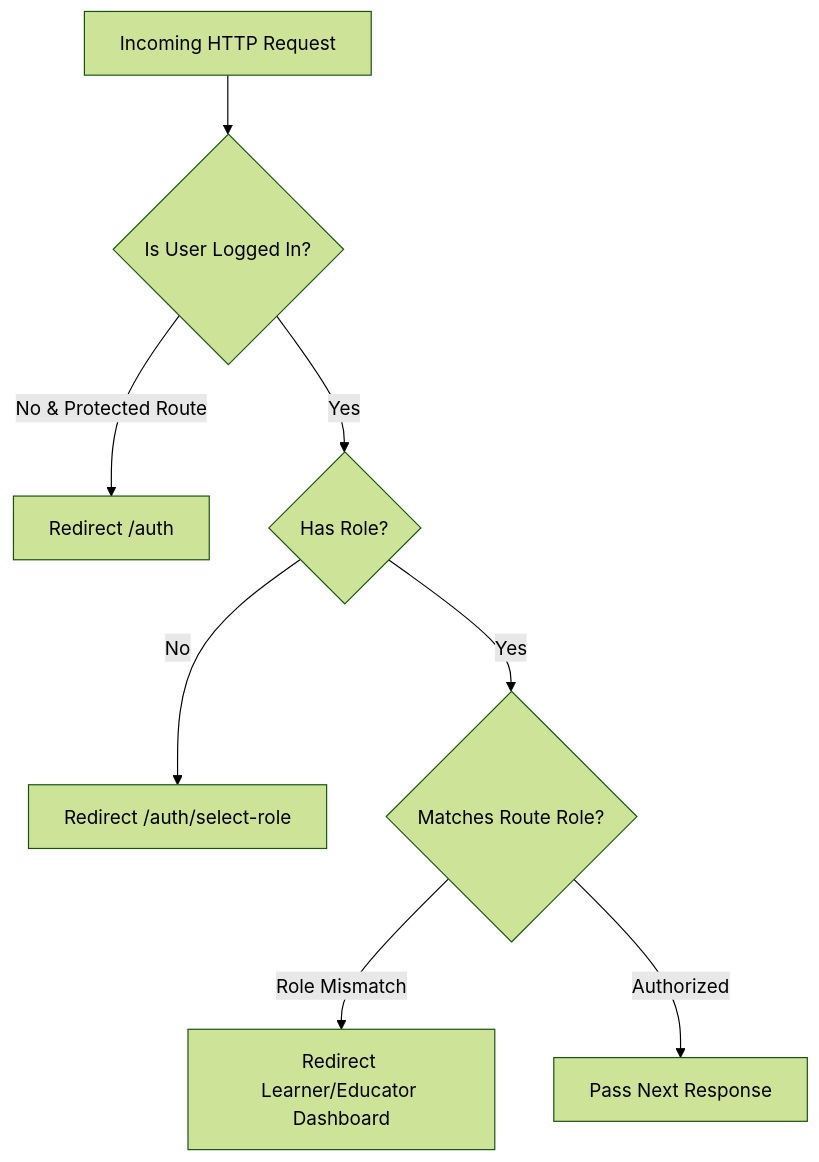
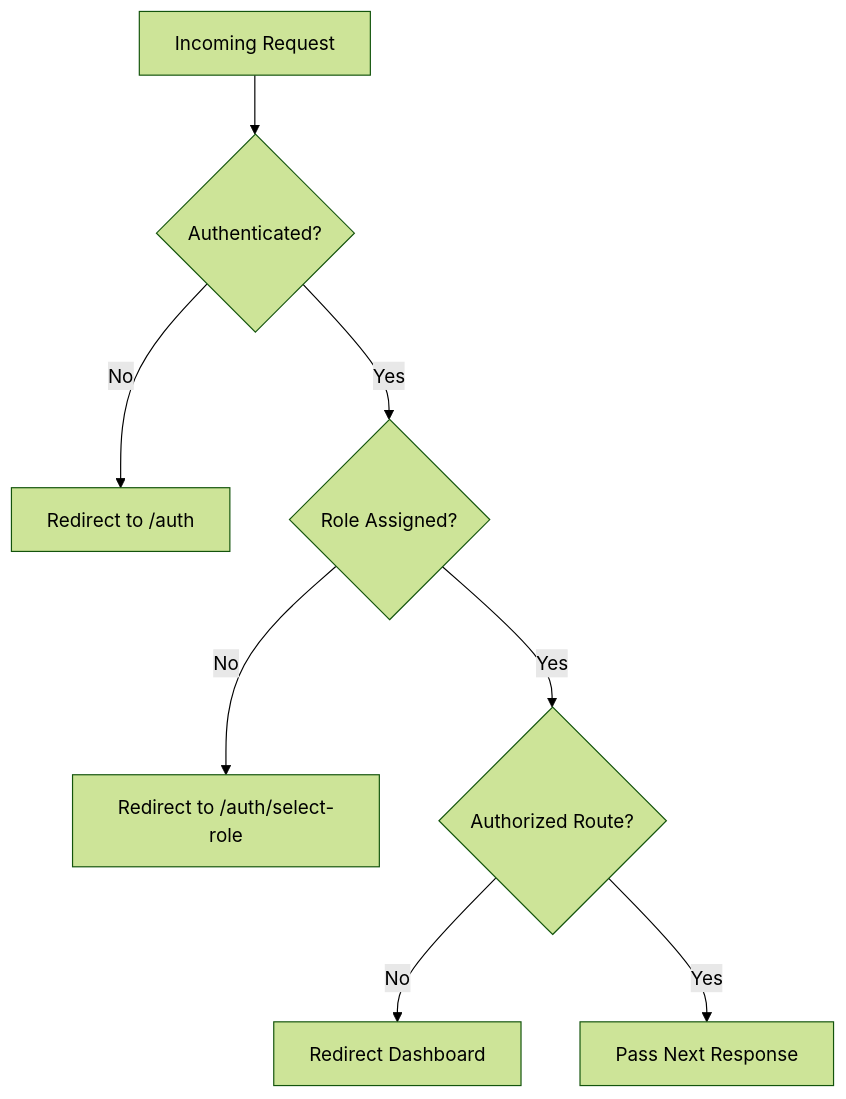
One commit to Nafiz204/Skill-Verse changed the fourth of 4 diagrams in Design_patterns_Documentation.md. Above: the diagram before and after it, drawn with Mermaid (forest theme). The commit also changed other lines of this file and 1 other file, not shown here.

````diff
--- a/Design_patterns_Documentation.md
+++ b/Design_patterns_Documentation.md
@@ -416,10 +410,10 @@
 ```mermaid
 flowchart TD
-    Req[Incoming HTTP Request] --> AuthCheck{Is User Logged In?}
-    AuthCheck -- No & Protected Route --> RedirAuth[Redirect /auth]
-    AuthCheck -- Yes --> RoleCheck{Has Role?}
-    RoleCheck -- No --> RedirRole[Redirect /auth/select-role]
-    RoleCheck -- Yes --> AuthzCheck{Matches Route Role?}
-    AuthzCheck -- Role Mismatch --> RedirDash[Redirect Learner/Educator Dashboard]
-    AuthzCheck -- Authorized --> Pass[Pass Next Response]
+    Req["Incoming Request"] --> AuthCheck{"Authenticated?"}
+    AuthCheck -- "No" --> RedirAuth["Redirect to /auth"]
+    AuthCheck -- "Yes" --> RoleCheck{"Role Assigned?"}
+    RoleCheck -- "No" --> RedirRole["Redirect to /auth/select-role"]
+    RoleCheck -- "Yes" --> AuthzCheck{"Authorized Route?"}
+    AuthzCheck -- "No" --> RedirDash["Redirect Dashboard"]
+    AuthzCheck -- "Yes" --> Pass["Pass Next Response"]
 ```
````
